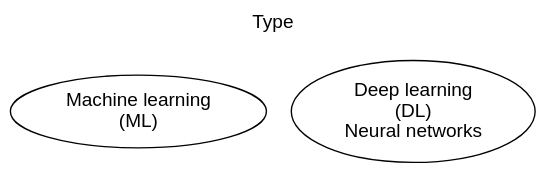
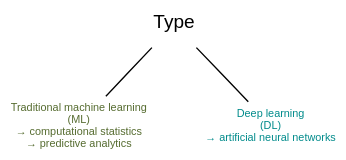
The first of 12 diagrams in ml/frameworks_slides.qmd (WestDRI/arc-training), drawn with Graphviz before and after one commit. The commit also changed other lines of this file and 2 other files, not shown here.

````diff
--- a/ml/frameworks_slides.qmd
+++ b/ml/frameworks_slides.qmd
@@ -42,14 +27,14 @@
 ```{dot}
 //| echo: false
 
 strict graph {
   bgcolor="transparent"
   graph [fontname="Inconsolata, sans-serif"]
-  node [fontname="Inconsolata, sans-serif"]
-  edge [color=invis]
-  label="Type\n\n"
-  labelloc=t
-  "Machine learning\n(ML)"
-  "Deep learning\n(DL)\nNeural networks"
+  node [fontname="Inconsolata, sans-serif", shape=plaintext]
+
+  "Traditional machine learning\n(ML)\n→ computational statistics\n→ predictive analytics" [URL="https://en.wikipedia.org/wiki/Computational_statistics", fontsize=8, fontcolor=darkolivegreen]
+  "Deep learning\n(DL)\n→ artificial neural networks" [URL="https://en.wikipedia.org/wiki/Deep_learning", fontsize=8, fontcolor=darkcyan]
+  
+  Type -- {"Traditional machine learning\n(ML)\n→ computational statistics\n→ predictive analytics" "Deep learning\n(DL)\n→ artificial neural networks"}
 }
 ```
````
